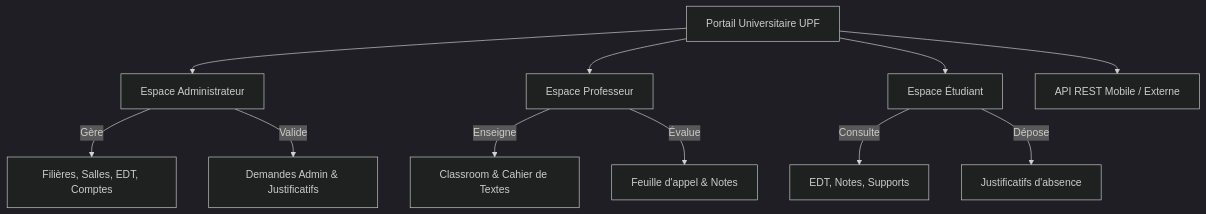
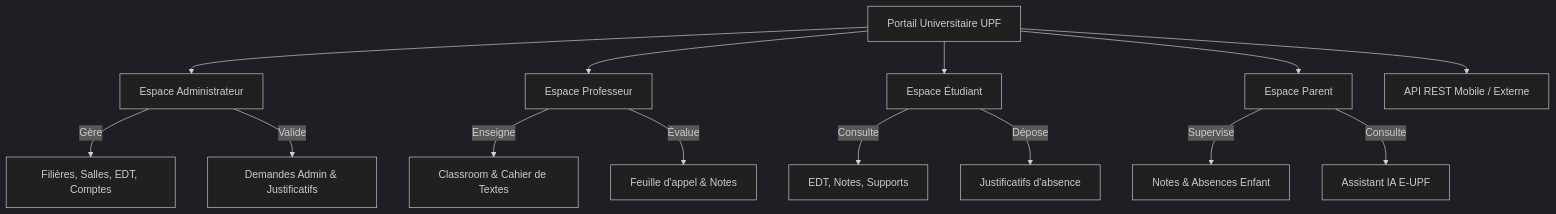
Before and after one commit to Amine-NAHLI/gestion-universitaire-upf: the first of 3 diagrams in rapport_technique_gestion_universitaire.md, drawn with Mermaid (dark theme). The commit also changed other lines of this file and 11 other files, not shown here.

Commit message:
feat: implement reservation and demand controllers and update project documentation with system diagrams

````diff
--- a/rapport_technique_gestion_universitaire.md
+++ b/rapport_technique_gestion_universitaire.md
@@ -63,16 +64,20 @@
 ```mermaid
 graph TD
     UPF["Portail Universitaire UPF"] --> ADMIN["Espace Administrateur"]
     UPF --> PROF["Espace Professeur"]
     UPF --> ETU["Espace Étudiant"]
+    UPF --> PARENT["Espace Parent"]
     UPF --> API["API REST Mobile / Externe"]
 
     ADMIN -->|"Gère"| STRUCT["Filières, Salles, EDT, Comptes"]
     ADMIN -->|"Valide"| REQ["Demandes Admin & Justificatifs"]
 
     PROF -->|"Enseigne"| CLASS["Classroom & Cahier de Textes"]
     PROF -->|"Évalue"| APPEL["Feuille d'appel & Notes"]
 
     ETU -->|"Consulte"| ACAD["EDT, Notes, Supports"]
     ETU -->|"Dépose"| JUST["Justificatifs d'absence"]
+
+    PARENT -->|"Supervise"| PB["Notes & Absences Enfant"]
+    PARENT -->|"Consulte"| CHAT["Assistant IA E-UPF"]
 ```
````
